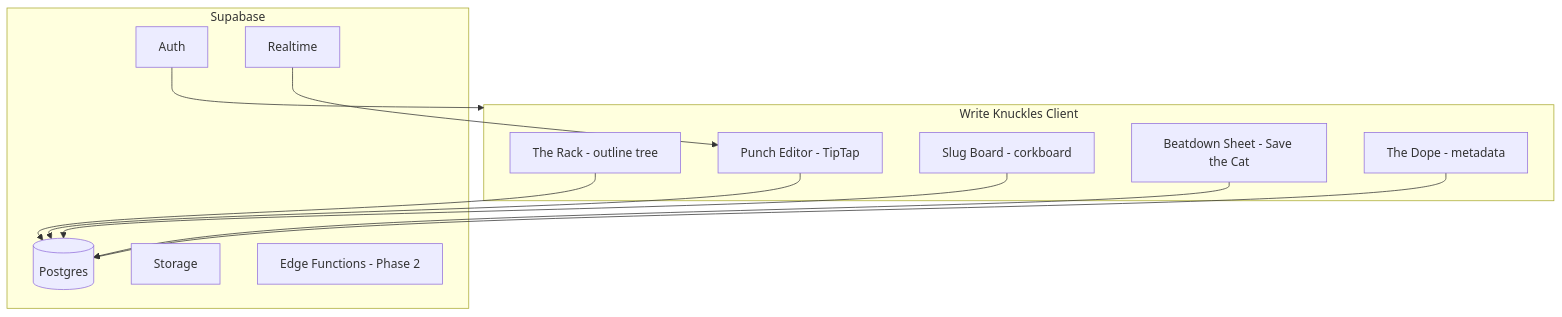
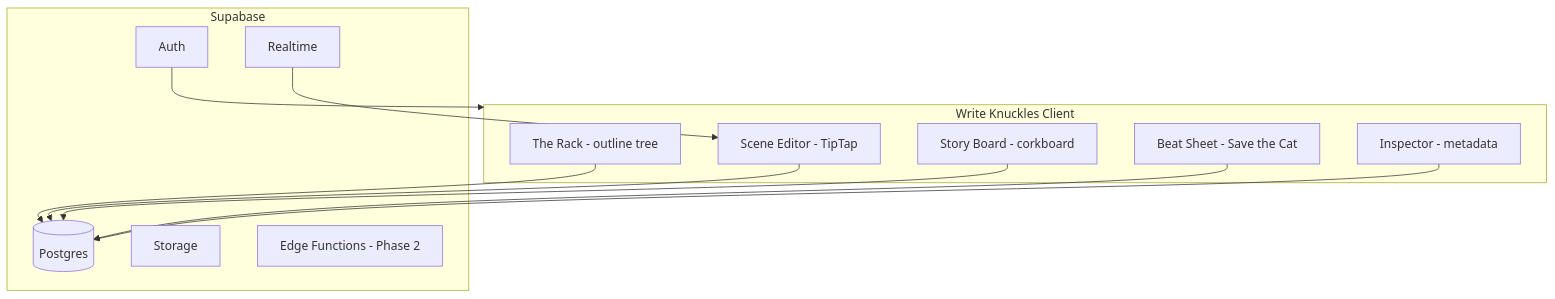
Before and after one commit to Scott-Mollon/write-knuckles: the first of 2 diagrams in .cursor/plans/write_knuckles_phase_1_bf718be3.plan.md, drawn with Mermaid. The commit also changed other lines of this file, not shown here.

````diff
--- a/.cursor/plans/write_knuckles_phase_1_bf718be3.plan.md
+++ b/.cursor/plans/write_knuckles_phase_1_bf718be3.plan.md
@@ -37,26 +37,26 @@
 ```mermaid
 flowchart TB
   subgraph client [Write Knuckles Client]
     Rack[The Rack - outline tree]
-    Editor[Punch Editor - TipTap]
-    Slugs[Slug Board - corkboard]
-    BeatdownSheet[Beatdown Sheet - Save the Cat]
-    Inspector[The Dope - metadata]
+    Editor[Scene Editor - TipTap]
+    StoryBoard[Story Board - corkboard]
+    BeatSheet[Beat Sheet - Save the Cat]
+    Inspector[Inspector - metadata]
   end
 
   subgraph supabase [Supabase]
     Auth[Auth]
     DB[(Postgres)]
     Realtime[Realtime]
     Storage[Storage]
     Edge[Edge Functions - Phase 2]
   end
 
   Rack --> DB
   Editor --> DB
-  Slugs --> DB
-  BeatdownSheet --> DB
+  StoryBoard --> DB
+  BeatSheet --> DB
   Inspector --> DB
   Auth --> client
   Realtime --> Editor
 ```
````
